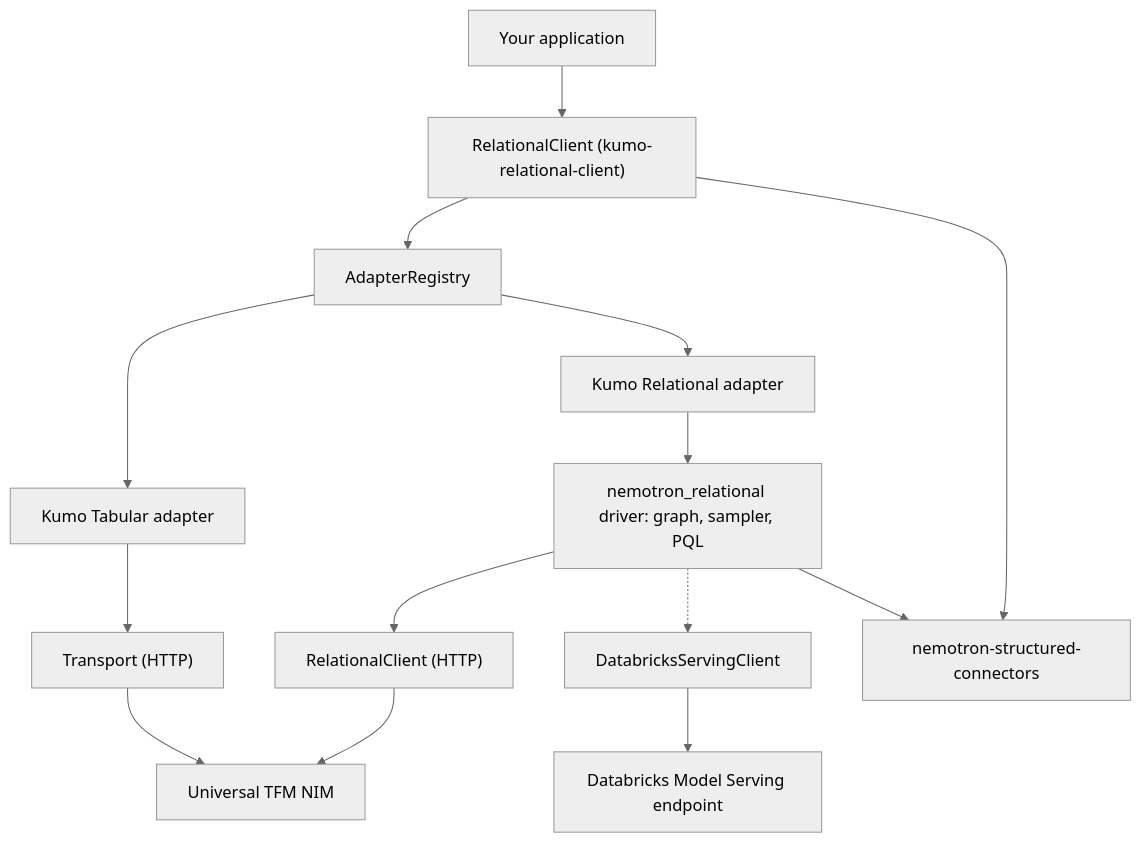
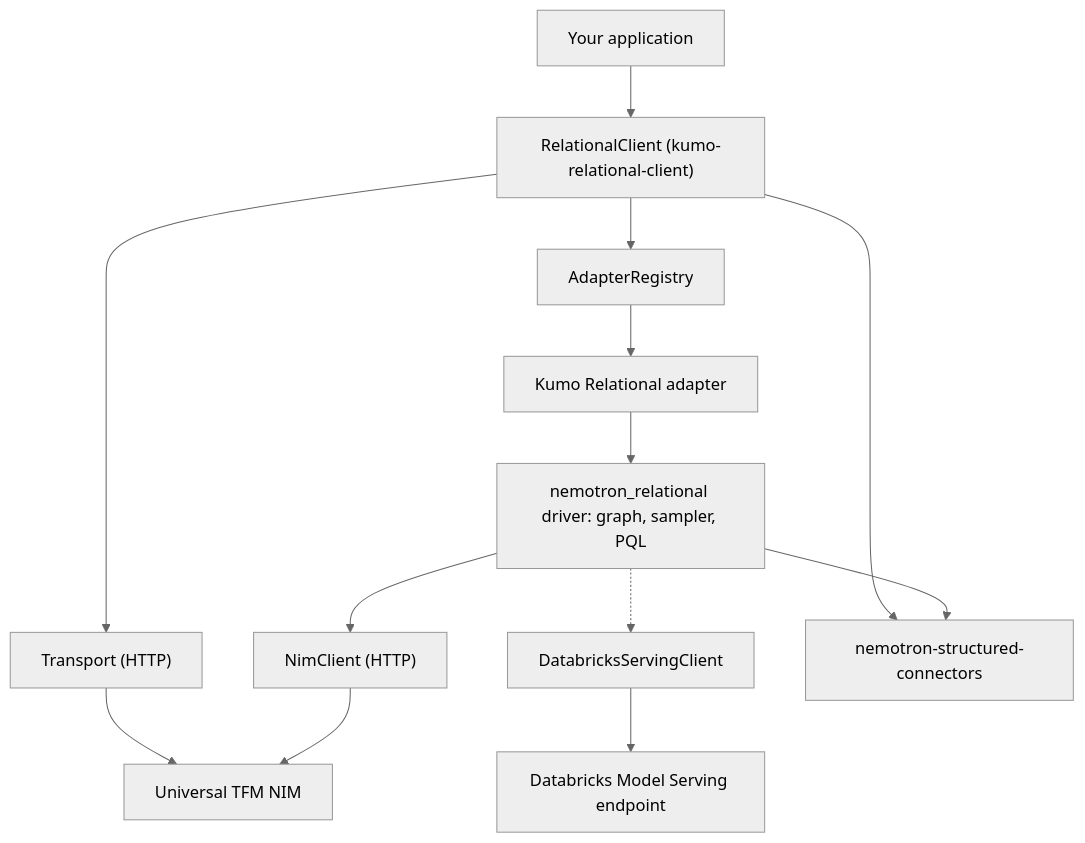
Before and after one commit to kumo-ai/kumo-relational-client: the diagram in docs/about/architecture.md, drawn with Mermaid (neutral theme). The commit also changed other lines of this file and 39 other files, not shown here.

````diff
--- a/docs/about/architecture.md
+++ b/docs/about/architecture.md
@@ -15,16 +15,15 @@
 ```mermaid
 flowchart TD
     app["Your application"] --> client["RelationalClient (kumo-relational-client)"]
     client --> registry["AdapterRegistry"]
-    registry --> tabicl["Kumo Tabular adapter"]
     registry --> rfm["Kumo Relational adapter"]
     rfm --> driver["nemotron_relational driver: graph, sampler, PQL"]
-    tabicl --> transport["Transport (HTTP)"]
-    driver --> kumoclient["RelationalClient (HTTP)"]
+    client --> transport["Transport (HTTP)"]
+    driver --> nimclient["NimClient (HTTP)"]
     driver -.-> serving["DatabricksServingClient"]
     transport --> nim["Universal TFM NIM"]
-    kumoclient --> nim
+    nimclient --> nim
     serving --> endpoint["Databricks Model Serving endpoint"]
     client --> connectors["nemotron-structured-connectors"]
     driver --> connectors
 ```
````
